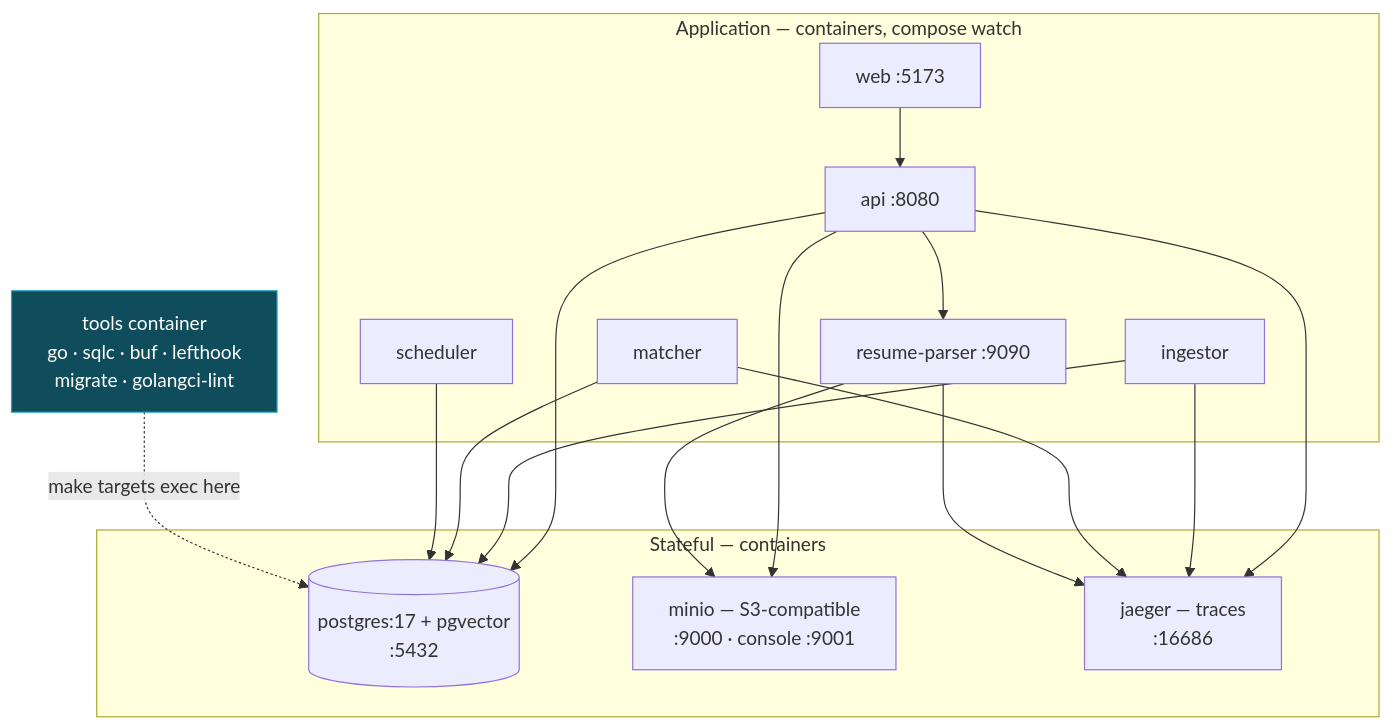
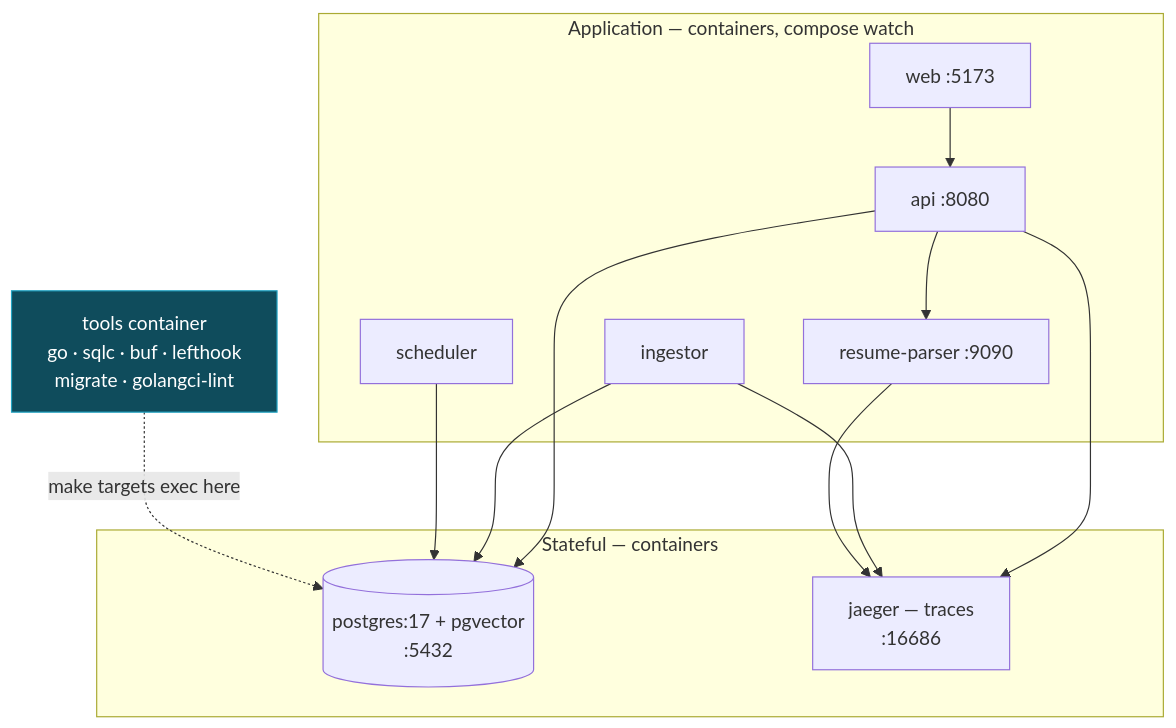
The diagram in docs/engineering/dev-environment.md (ergodicregulus/jobtrack), drawn with Mermaid before and after one commit. The commit also changed other lines of this file and 21 other files, not shown here.

````diff
--- a/docs/engineering/dev-environment.md
+++ b/docs/engineering/dev-environment.md
@@ -62,26 +62,23 @@
 ```mermaid
 flowchart TB
     subgraph deps["Stateful — containers"]
         PG[("postgres:17 + pgvector\n:5432")]
-        MINIO["minio — S3-compatible\n:9000 · console :9001"]
         JAEGER["jaeger — traces\n:16686"]
     end
     subgraph app["Application — containers, compose watch"]
         API["api :8080"]
         ING["ingestor"]
-        MAT["matcher"]
         SCH["scheduler"]
         RP["resume-parser :9090"]
         WEB["web :5173"]
     end
     TOOLS["tools container\ngo · sqlc · buf · lefthook\nmigrate · golangci-lint"]
 
-    WEB --> API --> PG & MINIO
+    WEB --> API --> PG
     API --> RP
-    ING & MAT & SCH --> PG
-    RP --> MINIO
-    API & ING & MAT & RP --> JAEGER
+    ING & SCH --> PG
+    API & ING & RP --> JAEGER
     TOOLS -.->|make targets exec here| PG
 
     style TOOLS fill:#0f4c5c,stroke:#22a3c3,color:#fff
 ```
````
